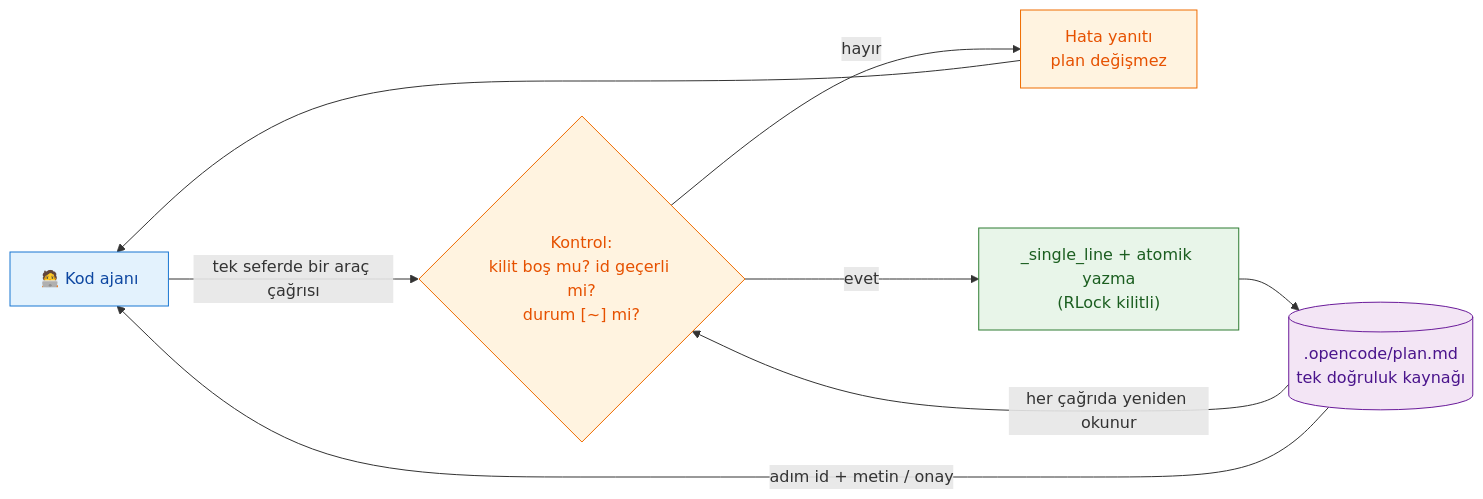
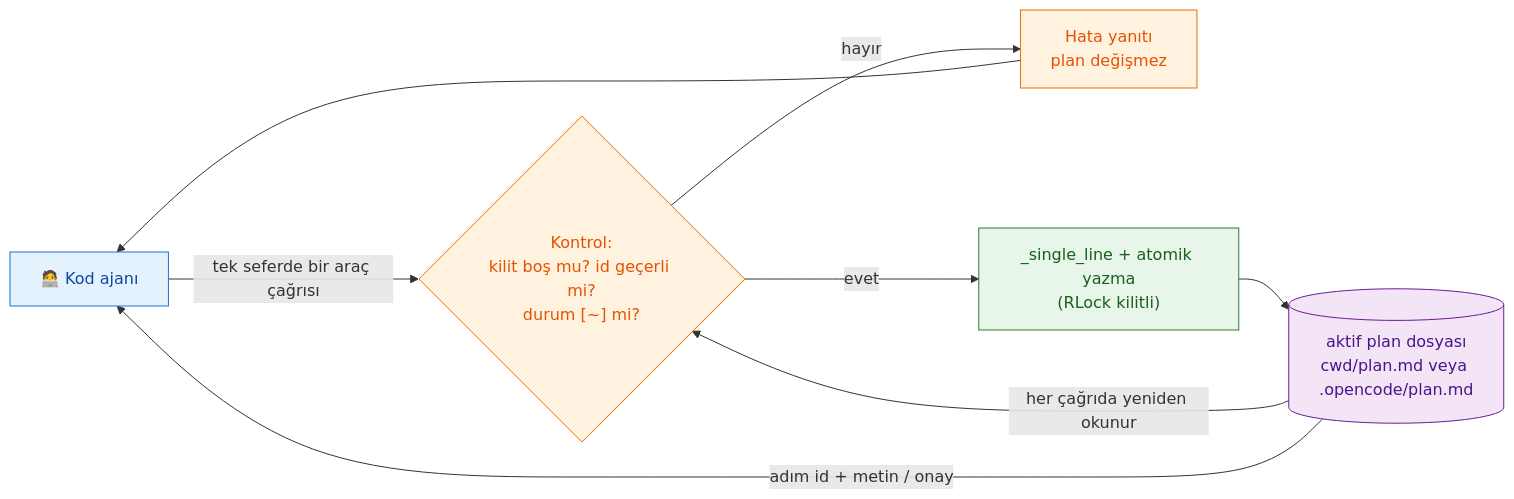
One commit to mahirfatih/planlock-mcp changed the second of 3 diagrams in README.tr.md. Above: the diagram before and after it, drawn with Mermaid. The commit also changed other lines of this file and 12 other files, not shown here.

````diff
--- a/README.tr.md
+++ b/README.tr.md
@@ -104,16 +115,16 @@
 ```mermaid
 flowchart LR
     classDef client fill:#e3f2fd,stroke:#1976d2,color:#0d47a1
     classDef decision fill:#fff3e0,stroke:#ef6c00,color:#e65100
     classDef action fill:#e8f5e9,stroke:#2e7d32,color:#1b5e20
     classDef disk fill:#f3e5f5,stroke:#6a1b9a,color:#4a148c
 
     Agent["🧑‍💻 Kod ajanı"]:::client
     Agent -->|"tek seferde bir araç çağrısı"| Guard{"Kontrol:<br/>kilit boş mu? id geçerli mi?<br/>durum [~] mi?"}:::decision
     Guard -->|"hayır"| Reject["Hata yanıtı<br/>plan değişmez"]:::decision
     Guard -->|"evet"| Write["_single_line + atomik yazma<br/>(RLock kilitli)"]:::action
-    Write --> Plan[(".opencode/plan.md<br/>tek doğruluk kaynağı")]:::disk
+    Write --> Plan[("aktif plan dosyası<br/>cwd/plan.md veya .opencode/plan.md")]:::disk
     Plan -->|"her çağrıda yeniden okunur"| Guard
     Plan -->|"adım id + metin / onay"| Agent
     Reject --> Agent
 ```
````
